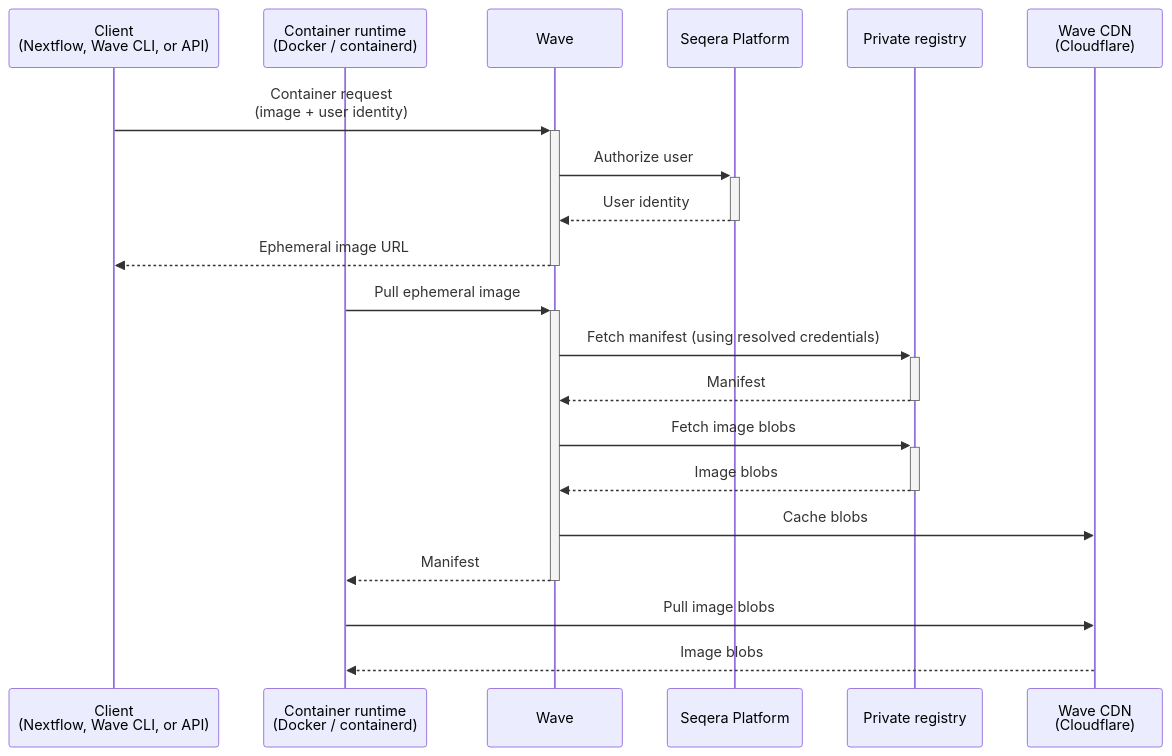
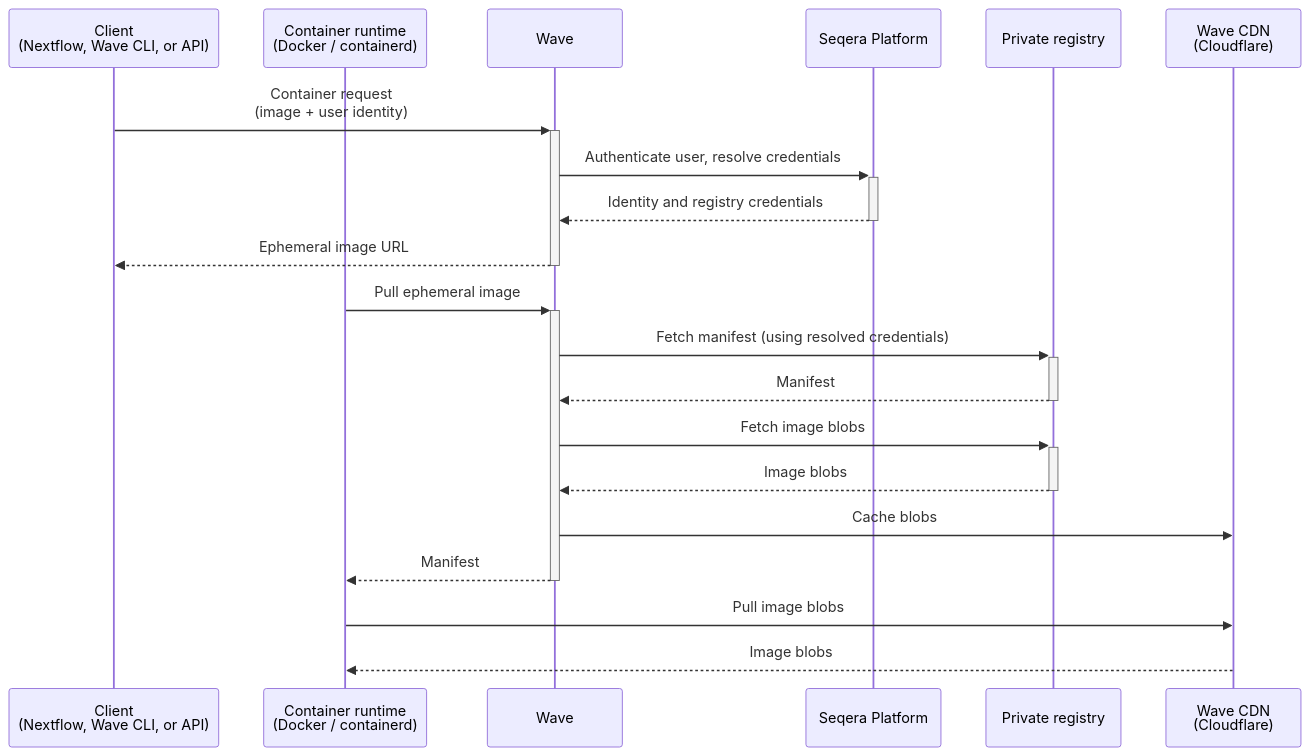
One commit to seqeralabs/wave changed the diagram in docs/features/authentication.mdx. Above: the diagram before and after it, drawn with Mermaid. The commit also changed other lines of this file and 13 other files, not shown here.

````diff
--- a/docs/features/authentication.mdx
+++ b/docs/features/authentication.mdx
@@ -33,25 +33,25 @@
 ```mermaid
 sequenceDiagram
     participant C as Client<br/>(Nextflow, Wave CLI, or API)
     participant RT as Container runtime<br/>(Docker / containerd)
     participant W as Wave
     participant P as Seqera Platform
     participant R as Private registry
     participant CDN as Wave CDN<br/>(Cloudflare)
 
     C->>+W: Container request<br/>(image + user identity)
-    W->>+P: Authorize user
-    P-->>-W: User identity
+    W->>+P: Authenticate user, resolve credentials
+    P-->>-W: Identity and registry credentials
     W-->>-C: Ephemeral image URL
 
     RT->>+W: Pull ephemeral image
     W->>+R: Fetch manifest (using resolved credentials)
     R-->>-W: Manifest
     W->>+R: Fetch image blobs
     R-->>-W: Image blobs
     W->>CDN: Cache blobs
     W-->>-RT: Manifest
 
     RT->>CDN: Pull image blobs
     CDN-->>RT: Image blobs
 ```
````
